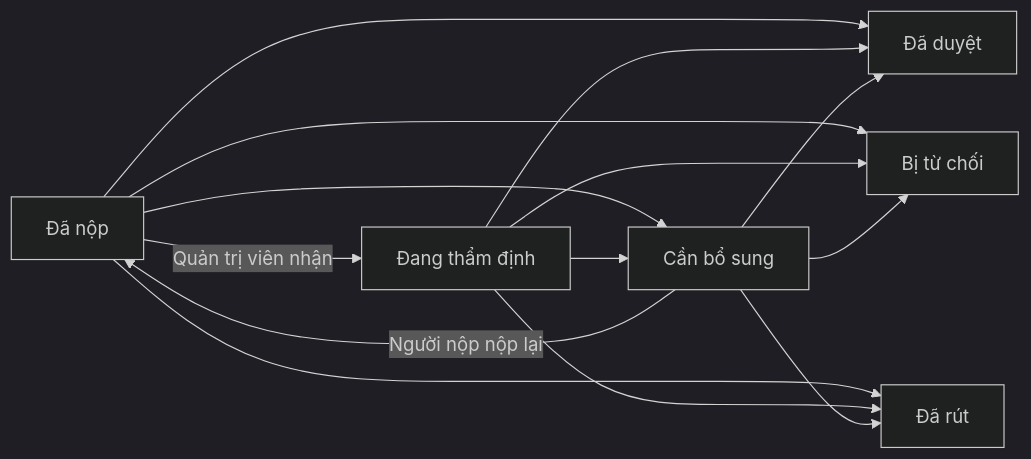
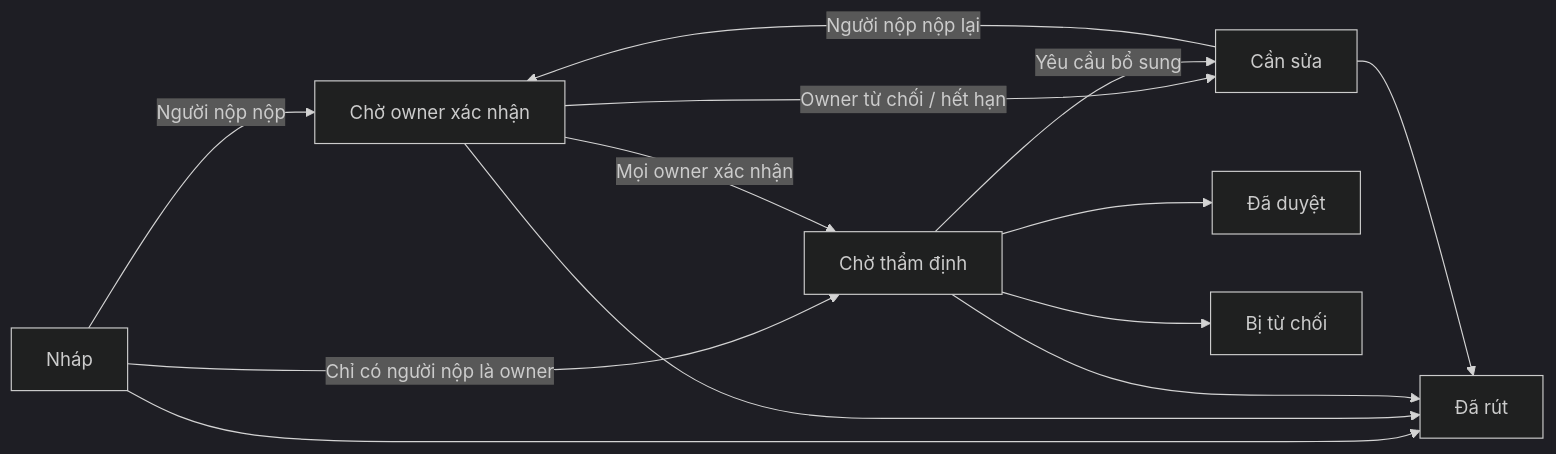
One commit to DOAN2-UQT-KN/ecolink-docs changed the seventh of 7 diagrams in BUSINESS-OVERVIEW.md. Above: the diagram before and after it, drawn with Mermaid (dark theme). The commit also changed other lines of this file and 4 other files, not shown here.

Commit message:
docs: update organization creation flow and business rules for owner confirmation and application process

````diff
--- a/BUSINESS-OVERVIEW.md
+++ b/BUSINESS-OVERVIEW.md
@@ -509,16 +535,15 @@
 ```mermaid
 flowchart LR
-  A[Đã nộp] -->|Quản trị viên nhận| B[Đang thẩm định]
-  A --> C[Cần bổ sung]
-  B --> C
-  C -->|Người nộp nộp lại| A
-  A --> D[Đã duyệt]
-  B --> D
-  C --> D
-  A --> E[Bị từ chối]
-  B --> E
-  C --> E
-  A --> F[Đã rút]
-  B --> F
+  N[Nháp] -->|Người nộp nộp| W[Chờ owner xác nhận]
+  N -->|Chỉ có người nộp là owner| P
+  W -->|Mọi owner xác nhận| P[Chờ thẩm định]
+  W -->|Owner từ chối / hết hạn| C[Cần sửa]
+  P -->|Yêu cầu bổ sung| C
+  C -->|Người nộp nộp lại| W
+  P --> D[Đã duyệt]
+  P --> E[Bị từ chối]
+  N --> F[Đã rút]
+  W --> F
+  P --> F
   C --> F
 ```
````
